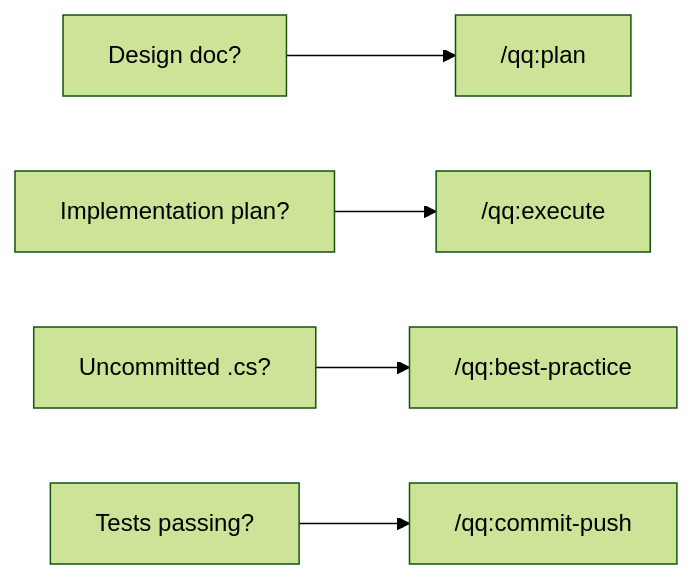
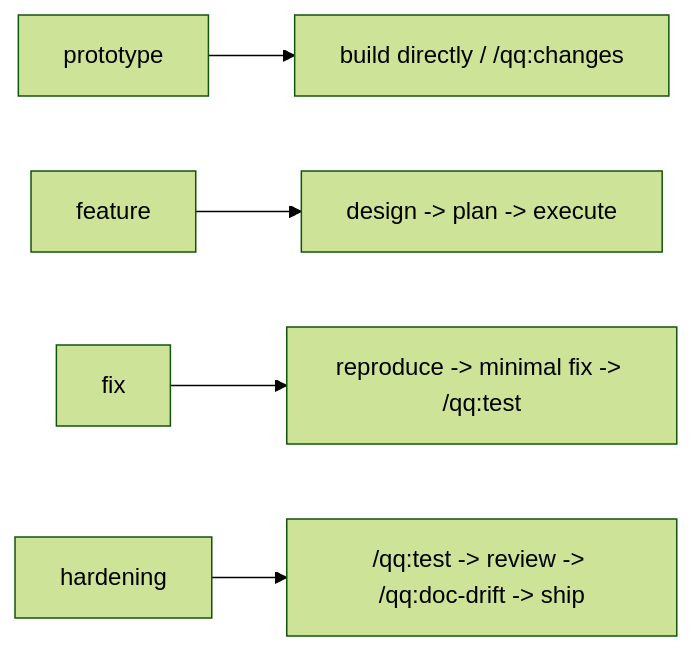
The first of 4 diagrams in README.md (tykisgod/quick-question), drawn with Mermaid (forest theme) before and after one commit. The commit also changed other lines of this file and 19 other files, not shown here.

Commit message:
Consolidate roadmap and activate policy profiles

````diff
--- a/README.md
+++ b/README.md
@@ -275,7 +299,7 @@
 ```mermaid
 flowchart LR
-    A["Design doc?"] --> B["/qq:plan"]
-    C["Implementation plan?"] --> D["/qq:execute"]
-    E["Uncommitted .cs?"] --> F["/qq:best-practice"]
-    G["Tests passing?"] --> H["/qq:commit-push"]
+    A["prototype"] --> B["build directly / /qq:changes"]
+    C["feature"] --> D["design -> plan -> execute"]
+    E["fix"] --> F["reproduce -> minimal fix -> /qq:test"]
+    G["hardening"] --> H["/qq:test -> review -> /qq:doc-drift -> ship"]
 ```
````
